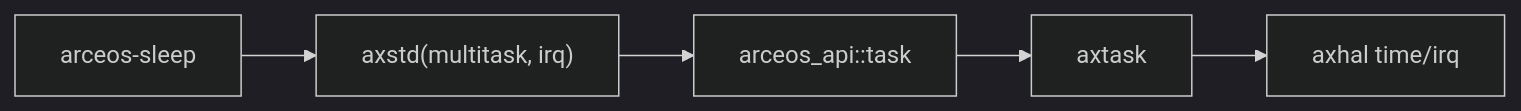
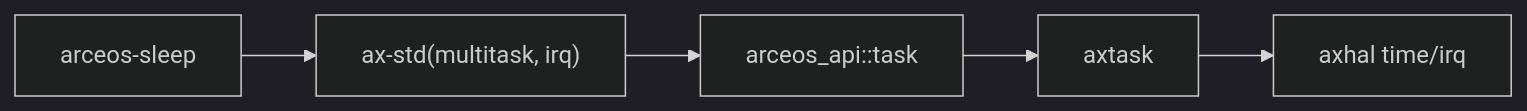
One commit to rcore-os/tgoskits changed the second of 2 diagrams in docs/crates/arceos-sleep.md. Above: the diagram before and after it, drawn with Mermaid (dark theme). The commit also changed other lines of this file and 153 other files, not shown here.

Commit message:
rename axstd to ax-std

````diff
--- a/docs/crates/arceos-sleep.md
+++ b/docs/crates/arceos-sleep.md
@@ -76,7 +76,7 @@
 ```mermaid
 graph LR
-    test["arceos-sleep"] --> axstd["axstd(multitask, irq)"]
-    axstd --> arceos_api["arceos_api::task"]
+    test["arceos-sleep"] --> ax-std["ax-std(multitask, irq)"]
+    ax-std --> arceos_api["arceos_api::task"]
     arceos_api --> axtask["axtask"]
     axtask --> axhal["axhal time/irq"]
 ```
````
